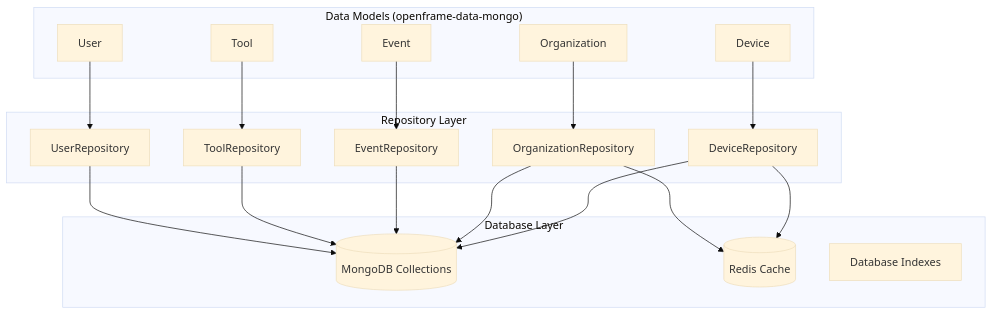
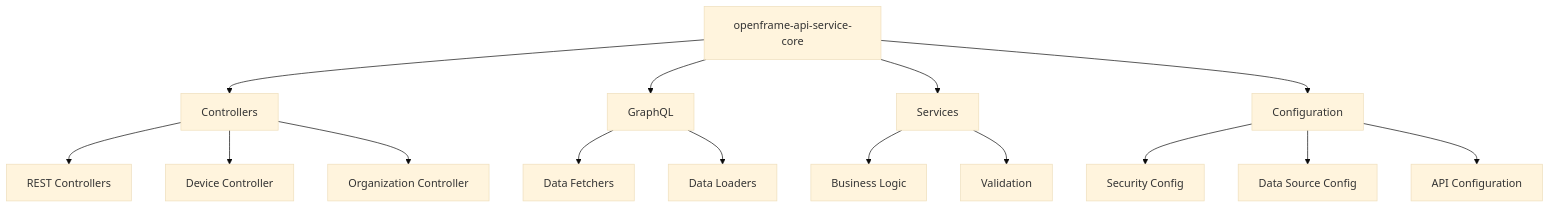
The seventh of 18 diagrams in docs/development/architecture/overview.md (flamingo-stack/openframe-oss-lib), drawn with Mermaid (base theme) before and after one commit. The commit also changed other lines of this file and 12 other files, not shown here.

````diff
--- a/docs/development/architecture/overview.md
+++ b/docs/development/architecture/overview.md
@@ -244,39 +244,21 @@
 ```mermaid
-graph TB
-    subgraph "Data Models (openframe-data-mongo)"
-        DEVICE[Device]
-        ORG[Organization]
-        EVENT[Event]
-        TOOL[Tool]
-        USER[User]
-    end
+graph TD
+    API[openframe-api-service-core] --> CTRL[Controllers]
+    API --> GQL[GraphQL]
+    API --> SVC[Services]
+    API --> CONFIG[Configuration]
     
-    subgraph "Repository Layer"
-        DEVICE_REPO[DeviceRepository]
-        ORG_REPO[OrganizationRepository]
-        EVENT_REPO[EventRepository]
-        TOOL_REPO[ToolRepository]
-        USER_REPO[UserRepository]
-    end
+    CTRL --> REST[REST Controllers]
+    CTRL --> DEVICE[Device Controller]
+    CTRL --> ORG[Organization Controller]
     
-    subgraph "Database Layer"
-        MONGO[(MongoDB Collections)]
-        REDIS[(Redis Cache)]
-        INDEX[Database Indexes]
-    end
+    GQL --> FETCHER[Data Fetchers]
+    GQL --> LOADER[Data Loaders]
     
-    DEVICE --> DEVICE_REPO
-    ORG --> ORG_REPO
-    EVENT --> EVENT_REPO
-    TOOL --> TOOL_REPO
-    USER --> USER_REPO
+    SVC --> BIZ[Business Logic]
+    SVC --> VALIDATION[Validation]
     
-    DEVICE_REPO --> MONGO
-    ORG_REPO --> MONGO
-    EVENT_REPO --> MONGO
-    TOOL_REPO --> MONGO
-    USER_REPO --> MONGO
-    
-    DEVICE_REPO --> REDIS
-    ORG_REPO --> REDIS
+    CONFIG --> SECURITY[Security Config]
+    CONFIG --> DATA[Data Source Config]
+    CONFIG --> API_CONFIG[API Configuration]
 ```
````
